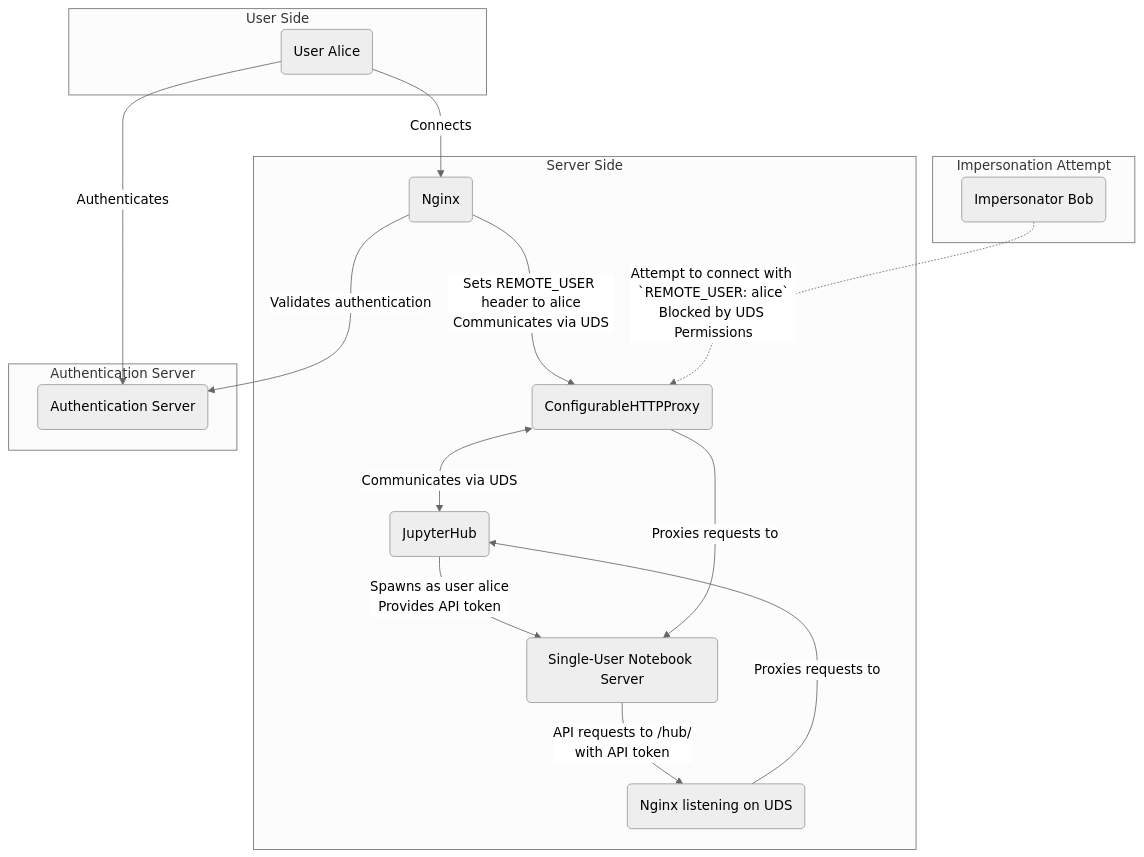
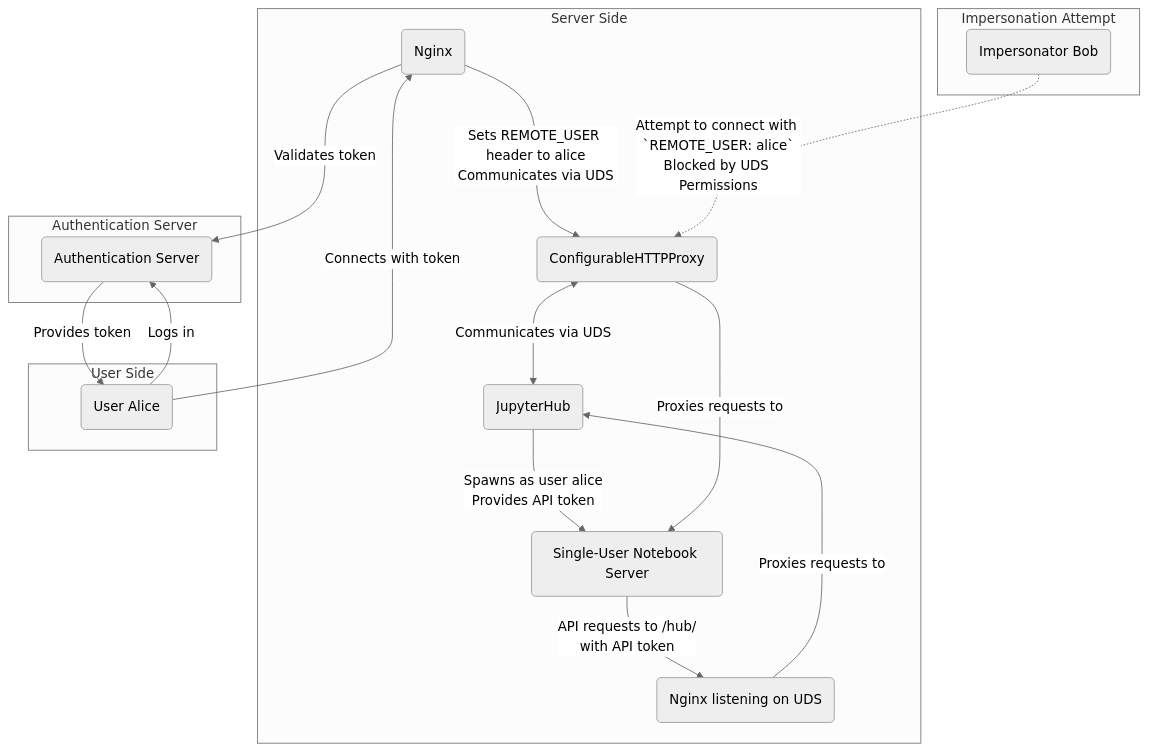
One commit to dometto/jupyterhub-unix-socket-example changed the diagram in README.md. Above: the diagram before and after it, drawn with Mermaid (neutral theme).

Commit message:
Refactor subgraphs in README for better structure
Reorganize user and authentication server subgraphs for clarity.

````diff
--- a/README.md
+++ b/README.md
@@ -95,23 +95,24 @@
 ```mermaid
 graph TD
     subgraph Server Side
         B(Nginx) -->|Sets REMOTE_USER header to alice<br/>Communicates via UDS| D(ConfigurableHTTPProxy)
         D(ConfigurableHTTPProxy) <-->|Communicates via UDS| E(JupyterHub)
         E(JupyterHub) -->|Spawns as user alice<br/>Provides API token| F(Single-User Notebook Server) -->|API requests to /hub/<br/>with API token|G
         D -->|Proxies requests to| F
         G(Nginx listening on UDS) -->|Proxies requests to<br/>|E
     end
 
-    subgraph Authentication Server
-      B -->|Validates authentication| C(Authentication Server)
+    subgraph User Side
+      A(User Alice) -->|Connects with token| B(Nginx)
     end
 
-    subgraph User Side
-        A(User Alice) -->|Authenticates| C
-        A(User Alice) -->|Connects| B
+    subgraph Authentication Server
+      A(User Alice) -->|Logs in| C(Authentication Server)
+      C-->|Provides token| A
+      B -->|Validates token| C(Authentication Server)
     end
 
     subgraph Impersonation Attempt
         H(Impersonator Bob) -.->|Attempt to connect with `REMOTE_USER: alice`<br/>Blocked by UDS Permissions| D(ConfigurableHTTPProxy)
     end
 ```
````
